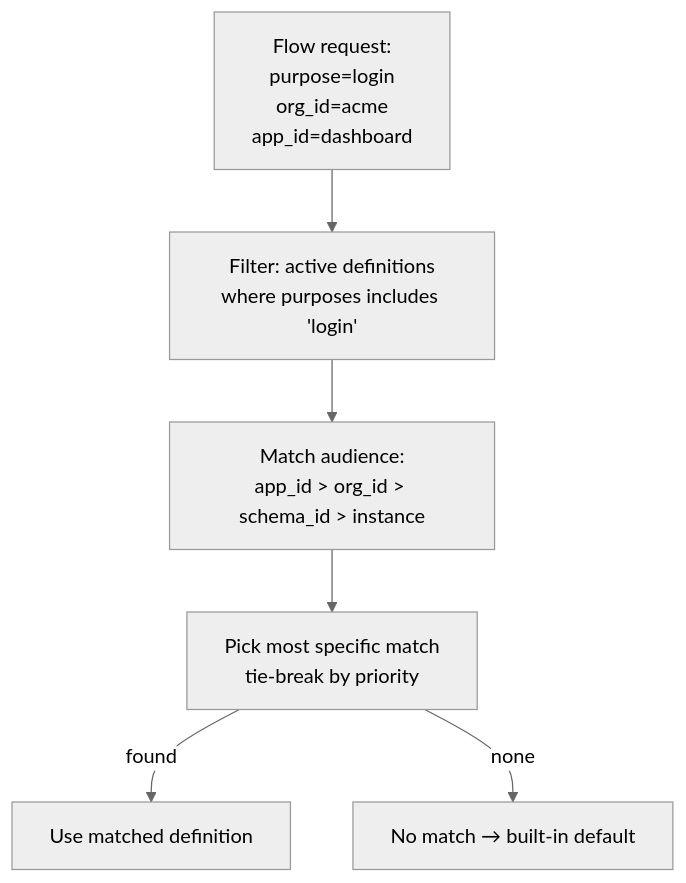
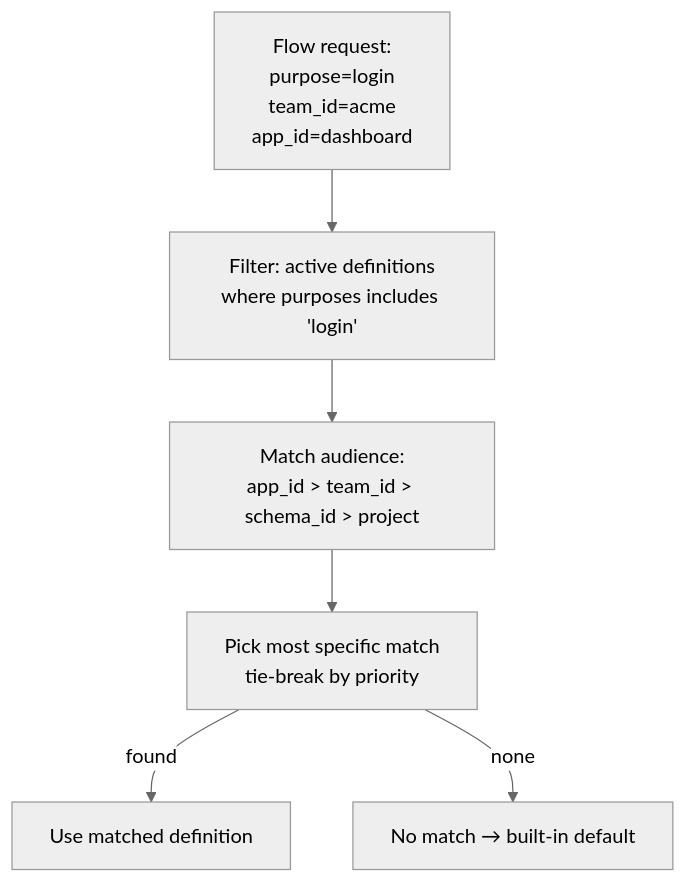
Before and after one commit to zitadel/nextgen: the fifth of 12 diagrams in docs/design/flowengine/flow-engine-guide.md, drawn with Mermaid (neutral theme). The commit also changed other lines of this file and 25 other files, not shown here.

Commit message:
docs: rename instance to project and organization to team

````diff
--- a/docs/design/flowengine/flow-engine-guide.md
+++ b/docs/design/flowengine/flow-engine-guide.md
@@ -389,12 +389,12 @@
 ```mermaid
 flowchart TD
-    req["Flow request:<br>purpose=login<br>org_id=acme<br>app_id=dashboard"]
+    req["Flow request:<br>purpose=login<br>team_id=acme<br>app_id=dashboard"]
     filter["Filter: active definitions<br>where purposes includes 'login'"]
-    match["Match audience:<br>app_id > org_id > schema_id > instance"]
+    match["Match audience:<br>app_id > team_id > schema_id > project"]
     pick["Pick most specific match<br>tie-break by priority"]
     fallback["No match → built-in default"]
 
     req --> filter --> match --> pick
     pick -->|found| use["Use matched definition"]
     pick -->|none| fallback
 ```
````
